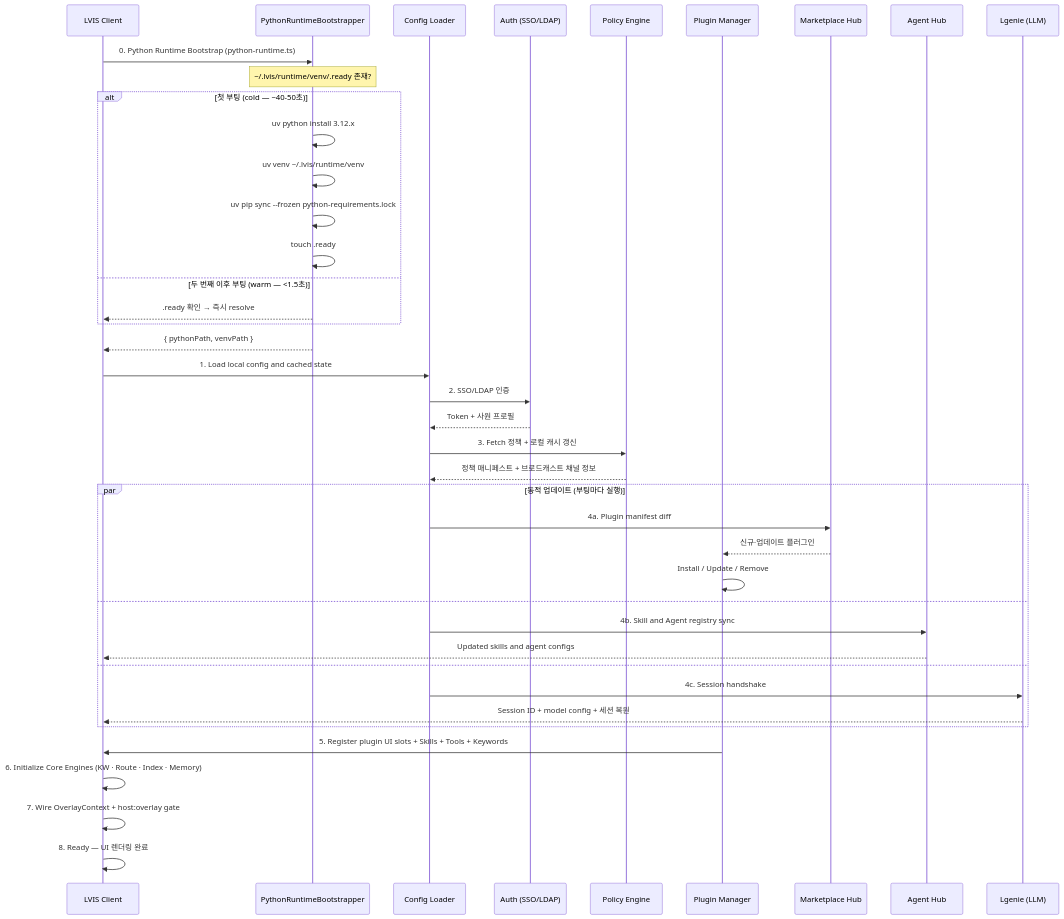
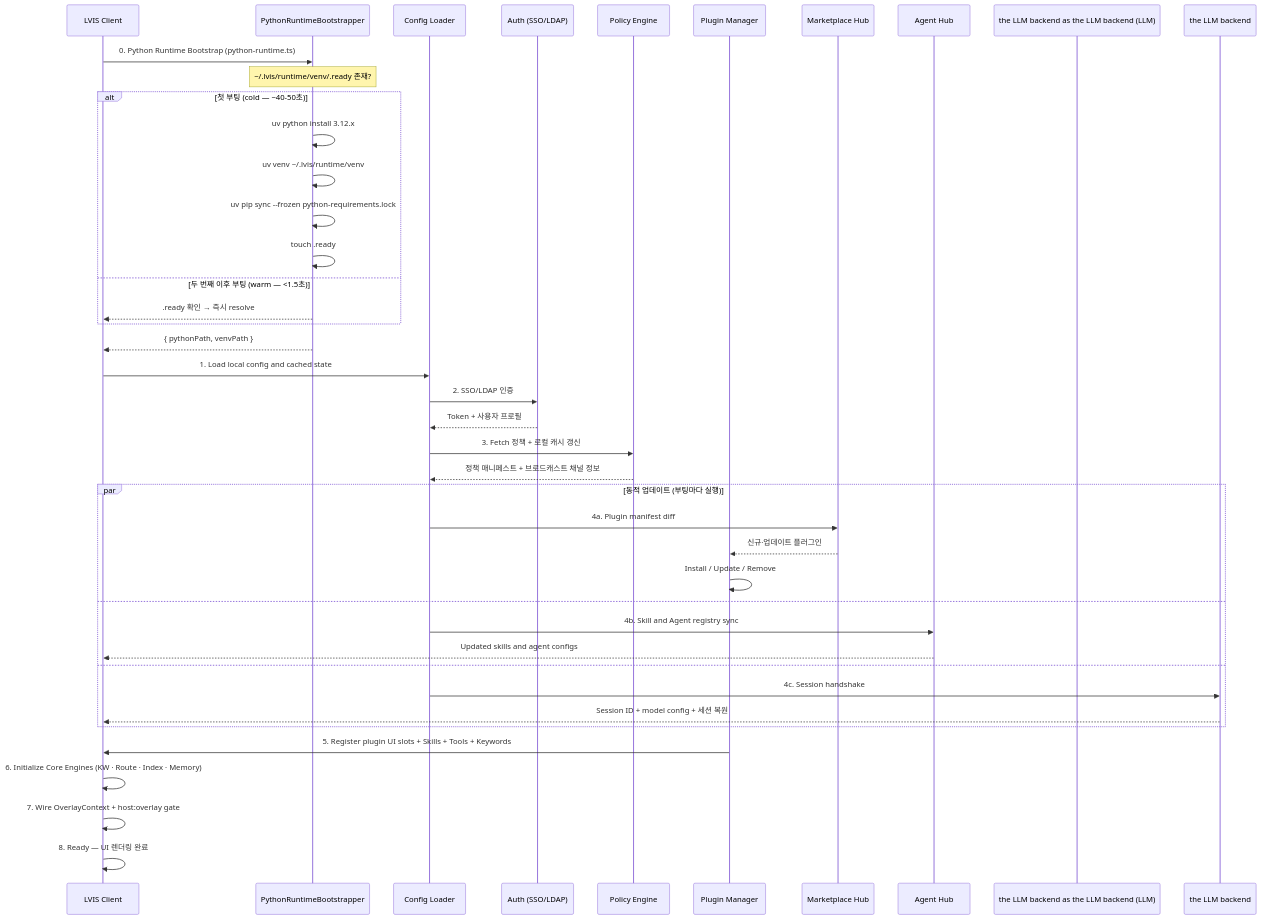
One commit to lvis-project/lvis-app changed the sixth of 44 diagrams in docs/architecture/architecture.md. Above: the diagram before and after it, drawn with Mermaid. The commit also changed other lines of this file and 86 other files, not shown here.

````diff
--- a/docs/architecture/architecture.md
+++ b/docs/architecture/architecture.md
@@ -381,49 +381,49 @@
 ```mermaid
 sequenceDiagram
     participant App as LVIS Client
     participant PythonRT as PythonRuntimeBootstrapper
     participant Config as Config Loader
     participant Auth as Auth (SSO/LDAP)
     participant Policy as Policy Engine
     participant PluginMgr as Plugin Manager
     participant Market as Marketplace Hub
     participant AgentHub as Agent Hub
-    participant Lgenie as Lgenie (LLM)
+    participant the LLM backend as the LLM backend (LLM)
 
     App->>PythonRT: 0. Python Runtime Bootstrap (python-runtime.ts)
     Note over PythonRT: ~/.lvis/runtime/venv/.ready 존재?
     alt 첫 부팅 (cold — ~40-50초)
         PythonRT->>PythonRT: uv python install 3.12.x
         PythonRT->>PythonRT: uv venv ~/.lvis/runtime/venv
         PythonRT->>PythonRT: uv pip sync --frozen python-requirements.lock
         PythonRT->>PythonRT: touch .ready
     else 두 번째 이후 부팅 (warm — <1.5초)
         PythonRT-->>App: .ready 확인 → 즉시 resolve
     end
     PythonRT-->>App: { pythonPath, venvPath }
 
     App->>Config: 1. Load local config and cached state
     Config->>Auth: 2. SSO/LDAP 인증
-    Auth-->>Config: Token + 사원 프로필
+    Auth-->>Config: Token + 사용자 프로필
     Config->>Policy: 3. Fetch 정책 + 로컬 캐시 갱신
     Policy-->>Config: 정책 매니페스트 + 브로드캐스트 채널 정보
 
     par 동적 업데이트 (부팅마다 실행)
         Config->>Market: 4a. Plugin manifest diff
         Market-->>PluginMgr: 신규·업데이트 플러그인
         PluginMgr->>PluginMgr: Install / Update / Remove
     and
         Config->>AgentHub: 4b. Skill and Agent registry sync
         AgentHub-->>App: Updated skills and agent configs
     and
-        Config->>Lgenie: 4c. Session handshake
-        Lgenie-->>App: Session ID + model config + 세션 복원
+        Config->>the LLM backend: 4c. Session handshake
+        the LLM backend-->>App: Session ID + model config + 세션 복원
     end
 
     PluginMgr->>App: 5. Register plugin UI slots + Skills + Tools + Keywords
     App->>App: 6. Initialize Core Engines (KW · Route · Index · Memory)
 
     App->>App: 7. Wire OverlayContext + host:overlay gate
 
     App->>App: 8. Ready — UI 렌더링 완료
 ```
````
